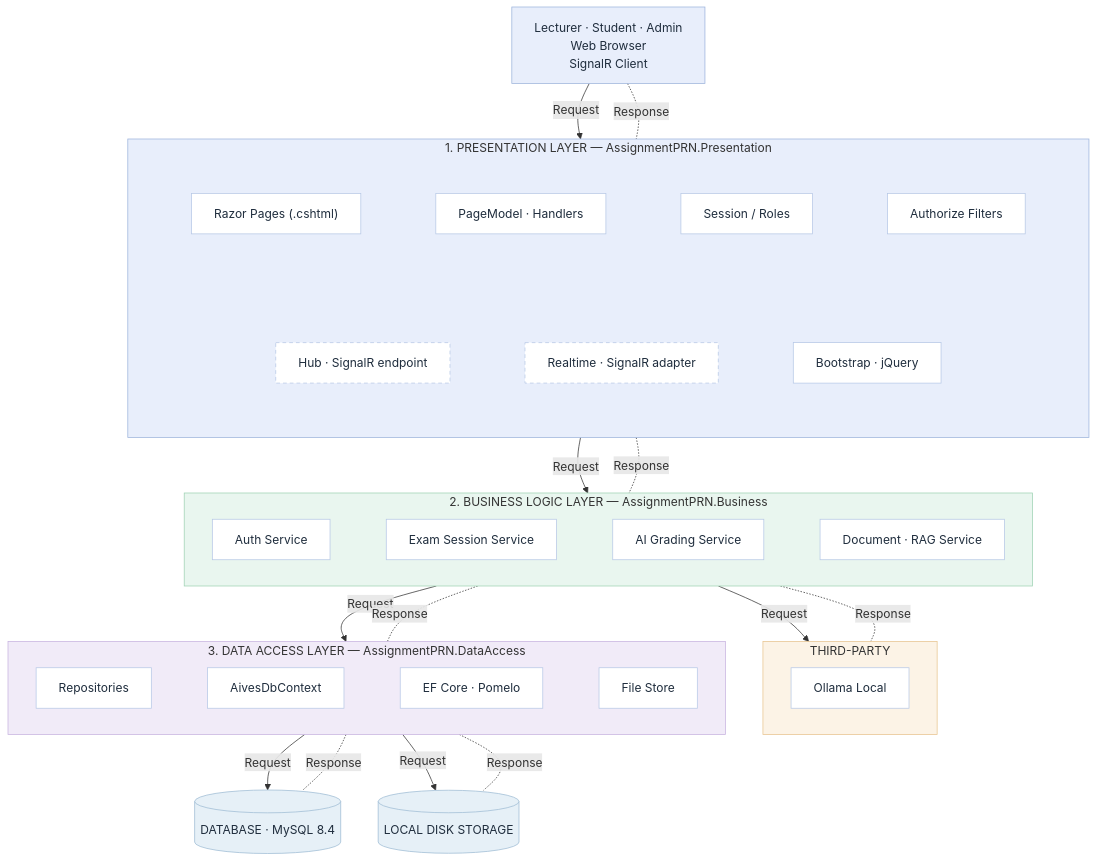
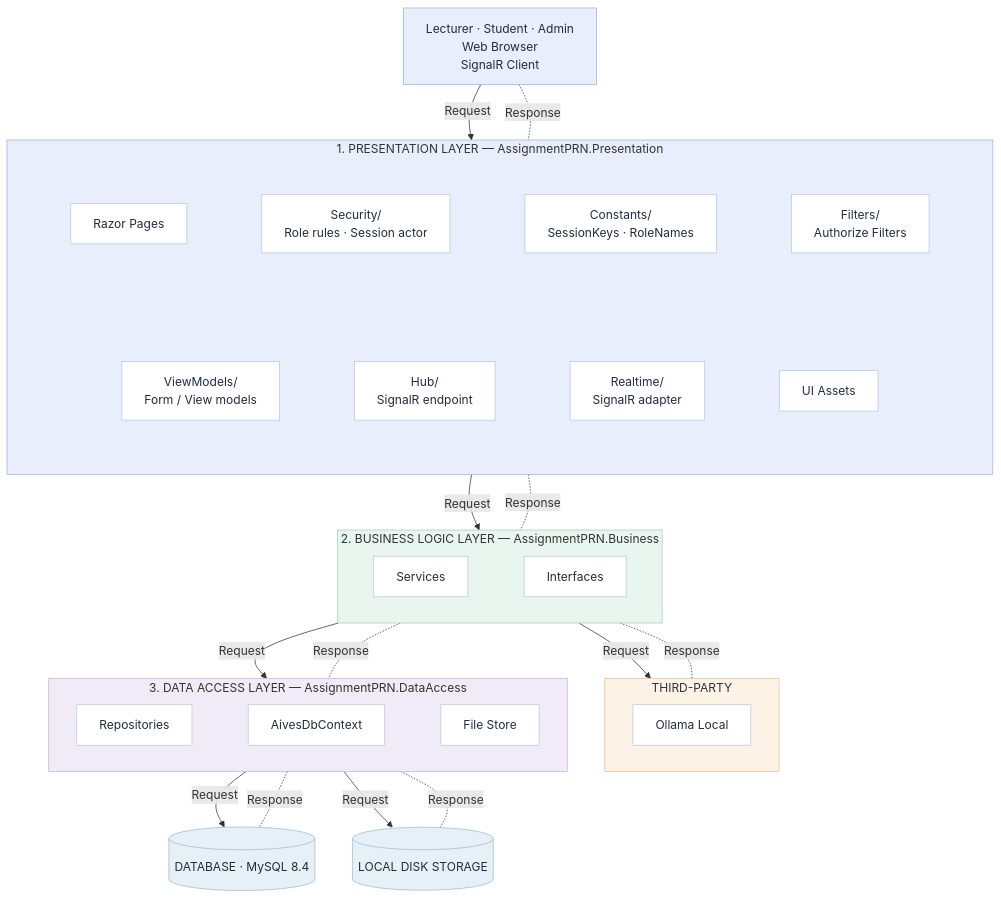
Before and after one commit to zanh154/AS2: the diagram in docs/kien-truc-3-tang.mmd, drawn with Mermaid. The commit also changed 69 other files, not shown here.

```diff
--- a/docs/kien-truc-3-tang.mmd
+++ b/docs/kien-truc-3-tang.mmd
@@ -1,62 +1,60 @@
 %% AIVES - kiến trúc 3 tầng. Dán vào draw.io: Arrange > Insert > Advanced > Mermaid.
 flowchart TB
     Browser["Lecturer · Student · Admin<br/>Web Browser<br/>SignalR Client"]
 
     subgraph P["1. PRESENTATION LAYER — AssignmentPRN.Presentation"]
         direction TB
         subgraph P1[" "]
             direction LR
-            Pages["Razor Pages (.cshtml)"] ~~~ PageModels["PageModel · Handlers"] ~~~ Session["Session / Roles"] ~~~ Filters["Authorize Filters"]
+            Pages["Razor Pages"] ~~~ Security["Security/<br/>Role rules · Session actor"] ~~~ Constants["Constants/<br/>SessionKeys · RoleNames"] ~~~ Filters["Filters/<br/>Authorize Filters"]
         end
         subgraph P2[" "]
             direction LR
-            Hub["Hub · SignalR endpoint"] ~~~ Realtime["Realtime · SignalR adapter"] ~~~ UI["Bootstrap · jQuery"]
+            ViewModels["ViewModels/<br/>Form / View models"] ~~~ Hub["Hub/<br/>SignalR endpoint"] ~~~ Realtime["Realtime/<br/>SignalR adapter"] ~~~ UI["UI Assets"]
         end
         P1 ~~~ P2
     end
 
     subgraph B["2. BUSINESS LOGIC LAYER — AssignmentPRN.Business"]
         direction LR
-        Auth["Auth Service"] ~~~ Exam["Exam Session Service"] ~~~ Grading["AI Grading Service"] ~~~ Rag["Document · RAG Service"]
+        Services["Services"] ~~~ Interfaces["Interfaces"]
     end
 
     subgraph T["THIRD-PARTY"]
         Ollama["Ollama Local"]
     end
 
     subgraph D["3. DATA ACCESS LAYER — AssignmentPRN.DataAccess"]
         direction LR
-        Repo["Repositories"] ~~~ Ctx["AivesDbContext"] ~~~ EF["EF Core · Pomelo"] ~~~ Files["File Store"]
+        Repo["Repositories"] ~~~ Ctx["AivesDbContext"] ~~~ Files["File Store"]
     end
 
     DB[("DATABASE · MySQL 8.4")]
     Disk[("LOCAL DISK STORAGE")]
 
     Browser -->|Request| P
     Browser <-.-|Response| P
     P -->|Request| B
     P <-.-|Response| B
     B -->|Request| T
     B <-.-|Response| T
     B -->|Request| D
     B <-.-|Response| D
     D -->|Request| DB
     D <-.-|Response| DB
     D -->|Request| Disk
     D <-.-|Response| Disk
 
     classDef card fill:#ffffff,stroke:#b7c8e6,color:#1f2d3d
     classDef client fill:#e8eefb,stroke:#9db4dc,color:#1f2d3d
     classDef store fill:#e6f0f7,stroke:#9fbcd4,color:#1f2d3d
-    class Pages,PageModels,Session,Filters,Hub,Realtime,UI card
-    class Auth,Exam,Grading,Rag,Repo,Ctx,EF,Files,Ollama card
+    class Pages,Security,Constants,Filters,ViewModels,Hub,Realtime,UI card
+    class Services,Interfaces,Repo,Ctx,Files,Ollama card
     class Browser client
     class DB,Disk store
-    style Hub stroke-dasharray:5 4
-    style Realtime stroke-dasharray:5 4
     style P fill:#e8eefb,stroke:#9db4dc
     style B fill:#e9f6ef,stroke:#9fd2b4
     style D fill:#f1ebf8,stroke:#c7b4e0
     style T fill:#fcf3e6,stroke:#e8c48f
     style P1 fill:none,stroke:none
     style P2 fill:none,stroke:none
```
